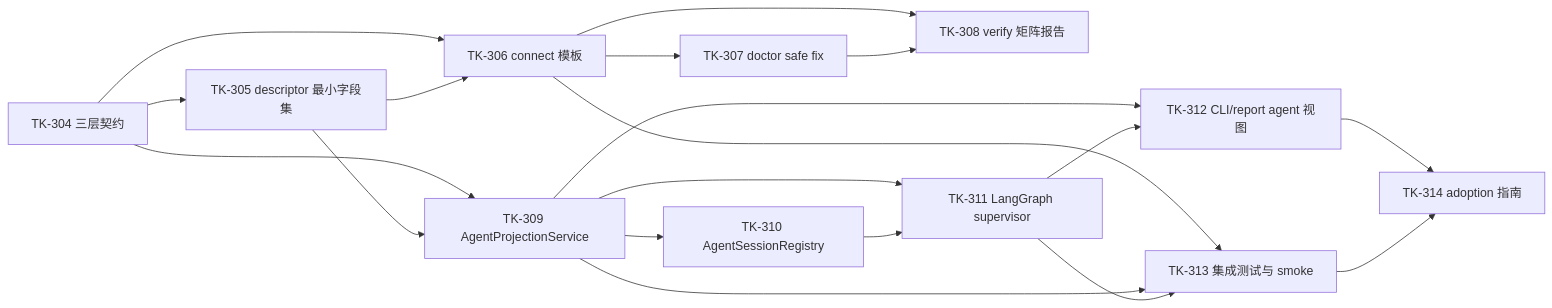
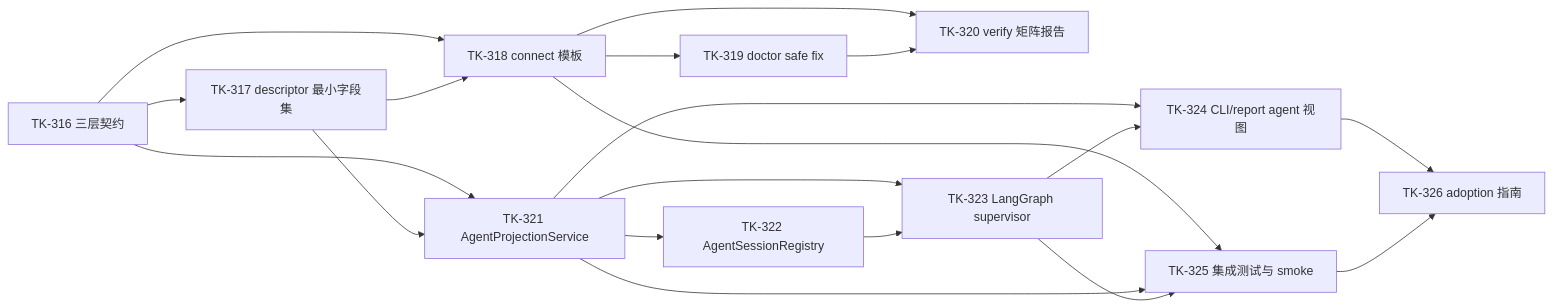
One commit to JimmyDaddy/repo-ai-governor changed the second of 2 diagrams in .repo-ai-governor/draft/multi-ai-tools-onboarding-with-role-agent-projection-technical-solution.md. Above: the diagram before and after it, drawn with Mermaid. The commit also changed other lines of this file and 26 other files, not shown here.

First line of the commit message:
ci: refactor task IDs and implement new tasks for onboarding and agent projection

````diff
--- a/.repo-ai-governor/draft/multi-ai-tools-onboarding-with-role-agent-projection-technical-solution.md
+++ b/.repo-ai-governor/draft/multi-ai-tools-onboarding-with-role-agent-projection-technical-solution.md
@@ -545,21 +545,21 @@
 ```mermaid
 flowchart LR
-  TK304[TK-304 三层契约] --> TK305[TK-305 descriptor 最小字段集]
-  TK304 --> TK306[TK-306 connect 模板]
-  TK305 --> TK306
-  TK306 --> TK307[TK-307 doctor safe fix]
-  TK306 --> TK308[TK-308 verify 矩阵报告]
-  TK307 --> TK308
-  TK304 --> TK309[TK-309 AgentProjectionService]
-  TK305 --> TK309
-  TK309 --> TK310[TK-310 AgentSessionRegistry]
-  TK309 --> TK311[TK-311 LangGraph supervisor]
-  TK310 --> TK311
-  TK309 --> TK312[TK-312 CLI/report agent 视图]
-  TK311 --> TK312
-  TK306 --> TK313[TK-313 集成测试与 smoke]
-  TK309 --> TK313
-  TK311 --> TK313
-  TK312 --> TK314[TK-314 adoption 指南]
-  TK313 --> TK314
+  TK316[TK-316 三层契约] --> TK317[TK-317 descriptor 最小字段集]
+  TK316 --> TK318[TK-318 connect 模板]
+  TK317 --> TK318
+  TK318 --> TK319[TK-319 doctor safe fix]
+  TK318 --> TK320[TK-320 verify 矩阵报告]
+  TK319 --> TK320
+  TK316 --> TK321[TK-321 AgentProjectionService]
+  TK317 --> TK321
+  TK321 --> TK322[TK-322 AgentSessionRegistry]
+  TK321 --> TK323[TK-323 LangGraph supervisor]
+  TK322 --> TK323
+  TK321 --> TK324[TK-324 CLI/report agent 视图]
+  TK323 --> TK324
+  TK318 --> TK325[TK-325 集成测试与 smoke]
+  TK321 --> TK325
+  TK323 --> TK325
+  TK324 --> TK326[TK-326 adoption 指南]
+  TK325 --> TK326
 ```
````
